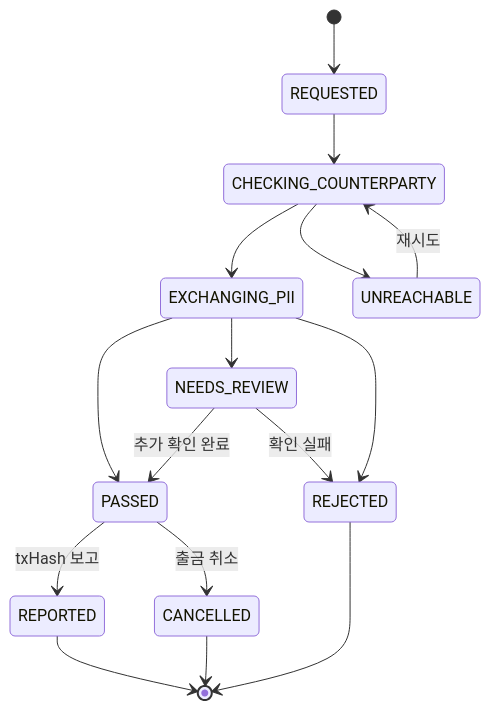
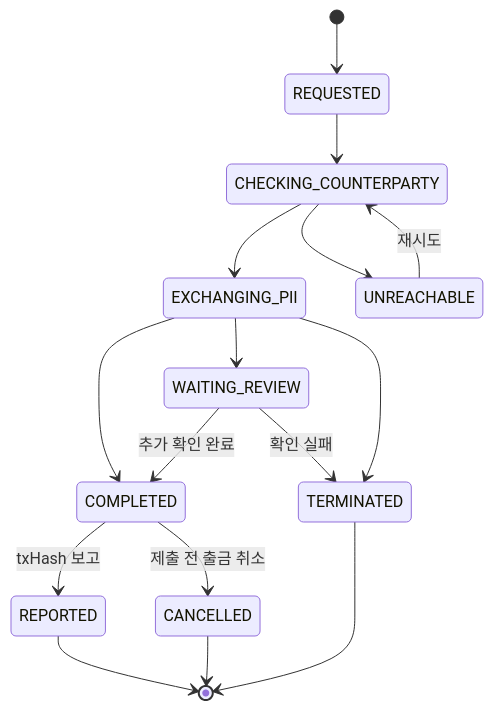
Before and after one commit to eunsujeo/eunpus: the second of 2 diagrams in blockchain-manager/docs/온보딩/트래블룰/01-withdrawal-flow.md, drawn with Mermaid. The commit also changed other lines of this file and 24 other files, not shown here.

````diff
--- a/blockchain-manager/docs/온보딩/트래블룰/01-withdrawal-flow.md
+++ b/blockchain-manager/docs/온보딩/트래블룰/01-withdrawal-flow.md
@@ -128,18 +128,18 @@
 ```mermaid
 stateDiagram-v2
     [*] --> REQUESTED
     REQUESTED --> CHECKING_COUNTERPARTY
     CHECKING_COUNTERPARTY --> EXCHANGING_PII
-    EXCHANGING_PII --> PASSED
-    EXCHANGING_PII --> NEEDS_REVIEW
-    EXCHANGING_PII --> REJECTED
+    EXCHANGING_PII --> COMPLETED
+    EXCHANGING_PII --> WAITING_REVIEW
+    EXCHANGING_PII --> TERMINATED
     CHECKING_COUNTERPARTY --> UNREACHABLE
     UNREACHABLE --> CHECKING_COUNTERPARTY: 재시도
-    NEEDS_REVIEW --> PASSED: 추가 확인 완료
-    NEEDS_REVIEW --> REJECTED: 확인 실패
-    PASSED --> REPORTED: txHash 보고
-    PASSED --> CANCELLED: 출금 취소
-    REJECTED --> [*]
+    WAITING_REVIEW --> COMPLETED: 추가 확인 완료
+    WAITING_REVIEW --> TERMINATED: 확인 실패
+    COMPLETED --> REPORTED: txHash 보고
+    COMPLETED --> CANCELLED: 제출 전 출금 취소
+    TERMINATED --> [*]
     REPORTED --> [*]
     CANCELLED --> [*]
 ```
````
